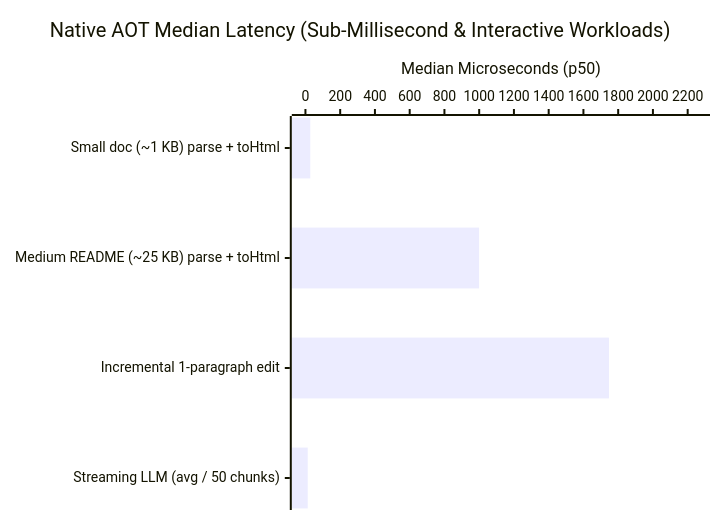
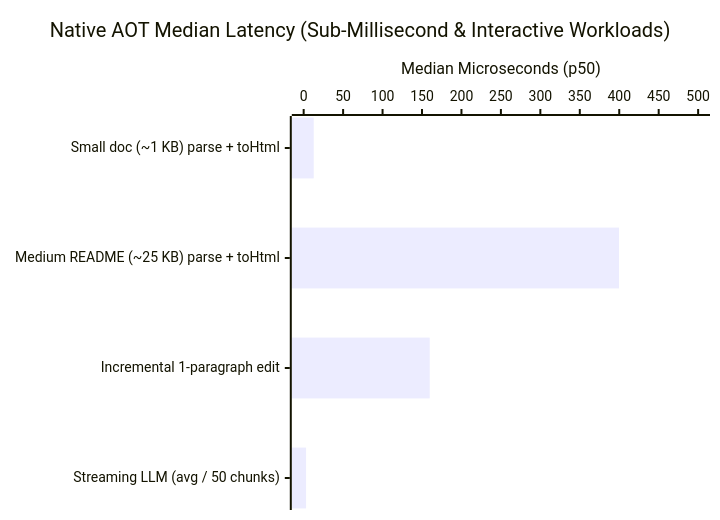
The first of 2 diagrams in doc/BENCHMARKS.md (tkinnis/markdown_engine), drawn with Mermaid before and after one commit. The commit also changed other lines of this file and 47 other files, not shown here.

````diff
--- a/doc/BENCHMARKS.md
+++ b/doc/BENCHMARKS.md
@@ -30,7 +30,7 @@
 ```mermaid
 xychart-beta horizontal
     title "Native AOT Median Latency (Sub-Millisecond & Interactive Workloads)"
     x-axis ["Small doc (~1 KB) parse + toHtml", "Medium README (~25 KB) parse + toHtml", "Incremental 1-paragraph edit", "Streaming LLM (avg / 50 chunks)"]
-    y-axis "Median Microseconds (p50)" 0 --> 2250
-    bar [27.80, 999.36, 1746.92, 13.29]
+    y-axis "Median Microseconds (p50)" 0 --> 500
+    bar [12.77, 399.72, 159.80, 3.05]
 ```
````
